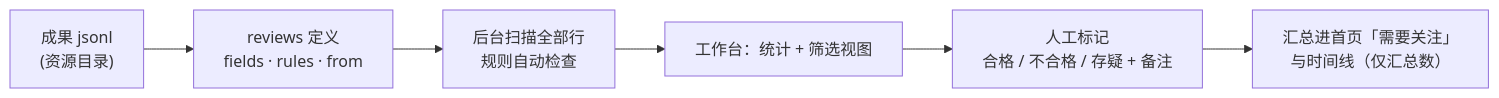
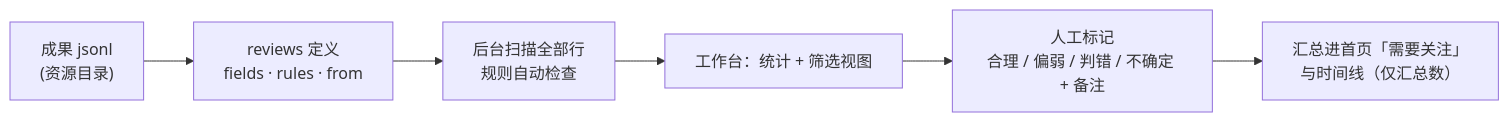
Before and after one commit to StevenHuang233/AI-record: the third of 5 diagrams in README.md, drawn with Mermaid. The commit also changed other lines of this file and 2 other files, not shown here.

````diff
--- a/README.md
+++ b/README.md
@@ -111,8 +111,8 @@
 ```mermaid
 flowchart LR
     A["成果 jsonl<br/>(资源目录)"] --> B["reviews 定义<br/>fields · rules · from"]
     B --> C["后台扫描全部行<br/>规则自动检查"]
     C --> D["工作台：统计 + 筛选视图"]
-    D --> E["人工标记<br/>合格 / 不合格 / 存疑 + 备注"]
+    D --> E["人工标记<br/>合理 / 偏弱 / 判错 / 不确定 + 备注"]
     E --> F["汇总进首页「需要关注」<br/>与时间线（仅汇总数）"]
 ```
````
